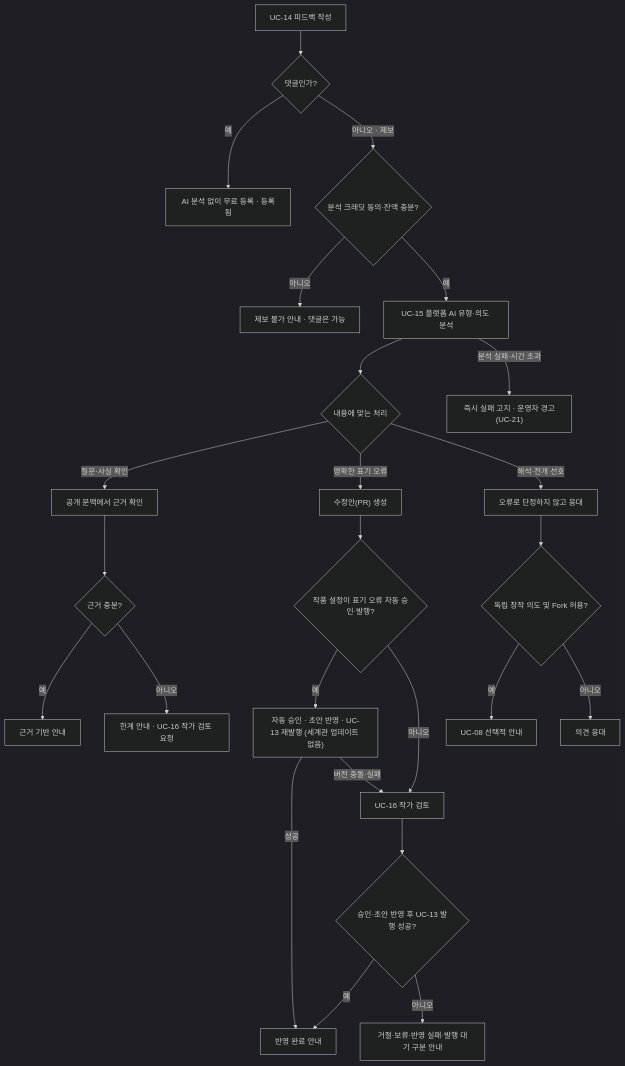
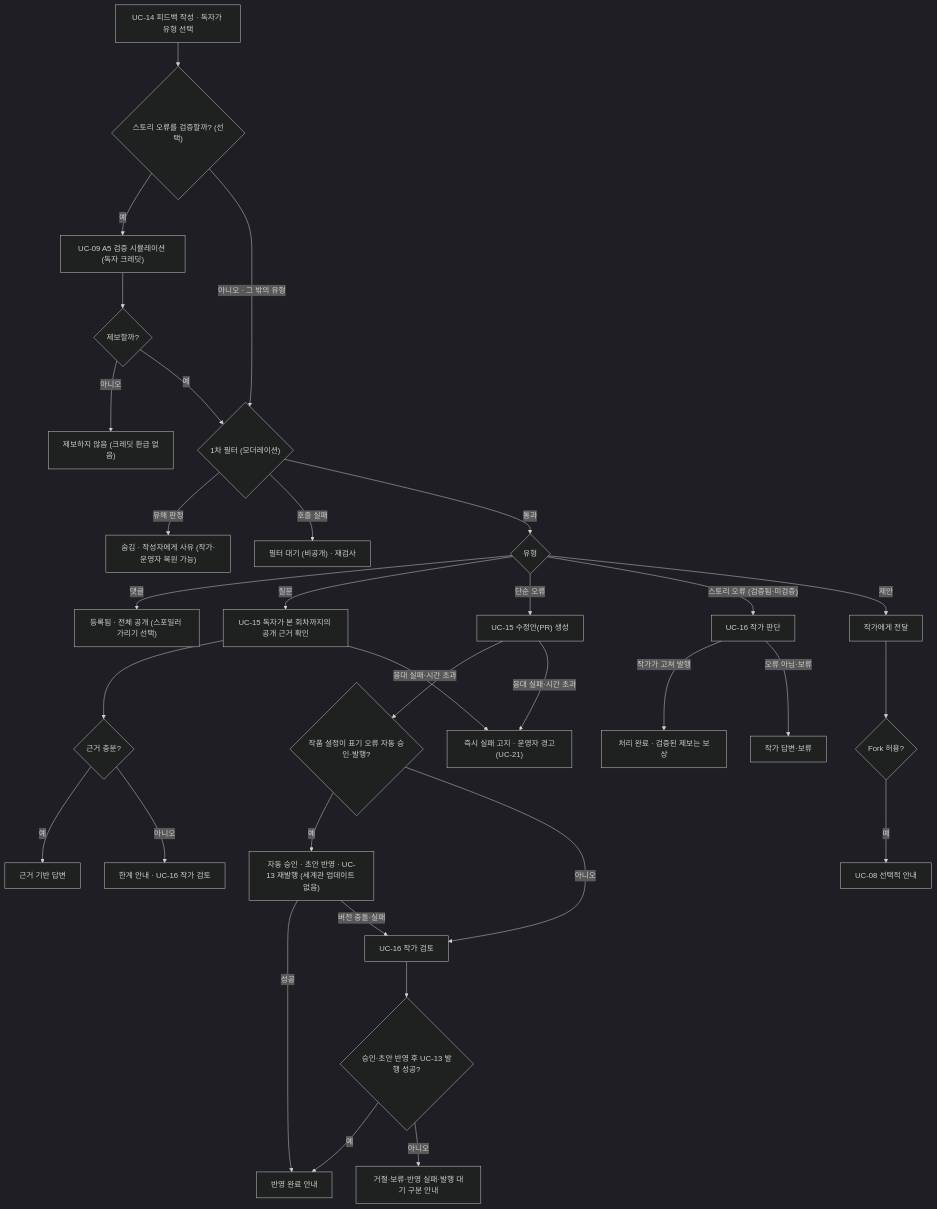
The ninth of 9 diagrams in docs/usecase.md (SKNETWORKS-FAMILY-AICAMP/SKN34-FINAL-4TEAM), drawn with Mermaid (dark theme) before and after one commit. The commit also changed other lines of this file and 11 other files, not shown here.

First line of the commit message:
docs: 피드백 유형·비용·검증 시뮬레이션·유해 콘텐츠 필터 정책 확정

````diff
--- a/docs/usecase.md
+++ b/docs/usecase.md
@@ -472,27 +477,34 @@
 ```mermaid
 flowchart TD
-  A["UC-14 피드백 작성"] --> A1{"댓글인가?"}
-  A1 -->|"예"| A2["AI 분석 없이 무료 등록 · 등록됨"]
-  A1 -->|"아니오 · 제보"| A3{"분석 크레딧 동의·잔액 충분?"}
-  A3 -->|"아니오"| A4["제보 불가 안내 · 댓글은 가능"]
-  A3 -->|"예"| B["UC-15 플랫폼 AI 유형·의도 분석"]
-  B --> C{"내용에 맞는 처리"}
-  C -->|"질문·사실 확인"| D["공개 문맥에서 근거 확인"]
+  A["UC-14 피드백 작성 · 독자가 유형 선택"] --> A0{"스토리 오류를 검증할까? (선택)"}
+  A0 -->|"예"| V["UC-09 A5 검증 시뮬레이션 (독자 크레딧)"]
+  V --> V1{"제보할까?"}
+  V1 -->|"아니오"| V2["제보하지 않음 (크레딧 환급 없음)"]
+  V1 -->|"예"| F0
+  A0 -->|"아니오 · 그 밖의 유형"| F0{"1차 필터 (모더레이션)"}
+  F0 -->|"유해 판정"| F1["숨김 · 작성자에게 사유 (작가·운영자 복원 가능)"]
+  F0 -->|"호출 실패"| F2["필터 대기 (비공개) · 재검사"]
+  F0 -->|"통과"| A1{"유형"}
+  A1 -->|"댓글"| A2["등록됨 · 전체 공개 (스포일러 가리기 선택)"]
+  A1 -->|"질문"| D["UC-15 독자가 본 회차까지의 공개 근거 확인"]
   D --> E{"근거 충분?"}
-  E -->|"예"| F["근거 기반 안내"]
-  E -->|"아니오"| G["한계 안내 · UC-16 작가 검토 요청"]
-  C -->|"명확한 표기 오류"| H["수정안(PR) 생성"]
+  E -->|"예"| F["근거 기반 답변"]
+  E -->|"아니오"| G["한계 안내 · UC-16 작가 검토"]
+  A1 -->|"단순 오류"| H["UC-15 수정안(PR) 생성"]
   H --> S{"작품 설정이 표기 오류 자동 승인·발행?"}
   S -->|"예"| T["자동 승인 · 초안 반영 · UC-13 재발행 (세계관 업데이트 없음)"]
   S -->|"아니오"| I["UC-16 작가 검토"]
   T -->|"성공"| K["반영 완료 안내"]
   T -->|"버전 충돌·실패"| I
   I --> J{"승인·초안 반영 후 UC-13 발행 성공?"}
   J -->|"예"| K
   J -->|"아니오"| L["거절·보류·반영 실패·발행 대기 구분 안내"]
-  C -->|"해석·전개 선호"| M["오류로 단정하지 않고 응대"]
-  M --> N{"독립 창작 의도 및 Fork 허용?"}
+  A1 -->|"스토리 오류 (검증됨·미검증)"| W["UC-16 작가 판단"]
+  W -->|"작가가 고쳐 발행"| K2["처리 완료 · 검증된 제보는 보상"]
+  W -->|"오류 아님·보류"| P["작가 답변·보류"]
+  A1 -->|"제안"| M["작가에게 전달"]
+  M --> N{"Fork 허용?"}
   N -->|"예"| O["UC-08 선택적 안내"]
-  N -->|"아니오"| P["의견 응대"]
-  B -->|"분석 실패·시간 초과"| Q["즉시 실패 고지 · 운영자 경고(UC-21)"]
+  D -->|"응대 실패·시간 초과"| Q["즉시 실패 고지 · 운영자 경고(UC-21)"]
+  H -->|"응대 실패·시간 초과"| Q
 ```
````
